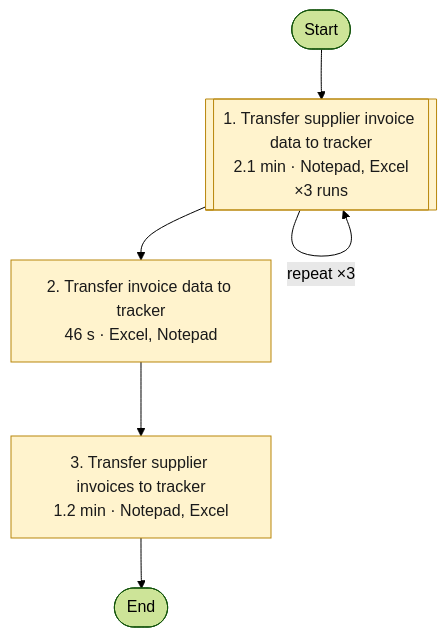
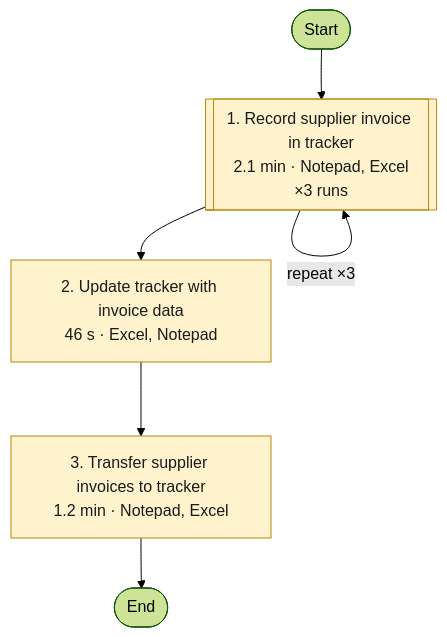
One commit to marker2601/flowsme changed the first of 3 diagrams in examples/real-ap-invoice-test/report.md. Above: the diagram before and after it, drawn with Mermaid (forest theme). The commit also changed other lines of this file and 55 other files, not shown here.

````diff
--- a/examples/real-ap-invoice-test/report.md
+++ b/examples/real-ap-invoice-test/report.md
@@ -26,18 +38,18 @@
 ```mermaid
 flowchart TD
   S0([Start])
-  T1[["1. Transfer supplier invoice data to tracker<br/>2.1 min · Notepad, Excel<br/>×3 runs"]]
+  T1[["1. Record supplier invoice in tracker<br/>2.1 min · Notepad, Excel<br/>×3 runs"]]
   S0 --> T1
   T1 -->|"repeat ×3"| T1
-  T2["2. Transfer invoice data to tracker<br/>46 s · Excel, Notepad"]
+  T2["2. Update tracker with invoice data<br/>46 s · Excel, Notepad"]
   T1 --> T2
   T3["3. Transfer supplier invoices to tracker<br/>1.2 min · Notepad, Excel"]
   T2 --> T3
   T3 --> E0([End])
   classDef high fill:#fde2e1,stroke:#c0392b,color:#1a1a1a
   classDef medium fill:#fff3cd,stroke:#b8860b,color:#1a1a1a
   classDef low fill:#e6f4ea,stroke:#2e7d32,color:#1a1a1a
   class T1 medium
   class T2 medium
   class T3 medium
 ```
````
